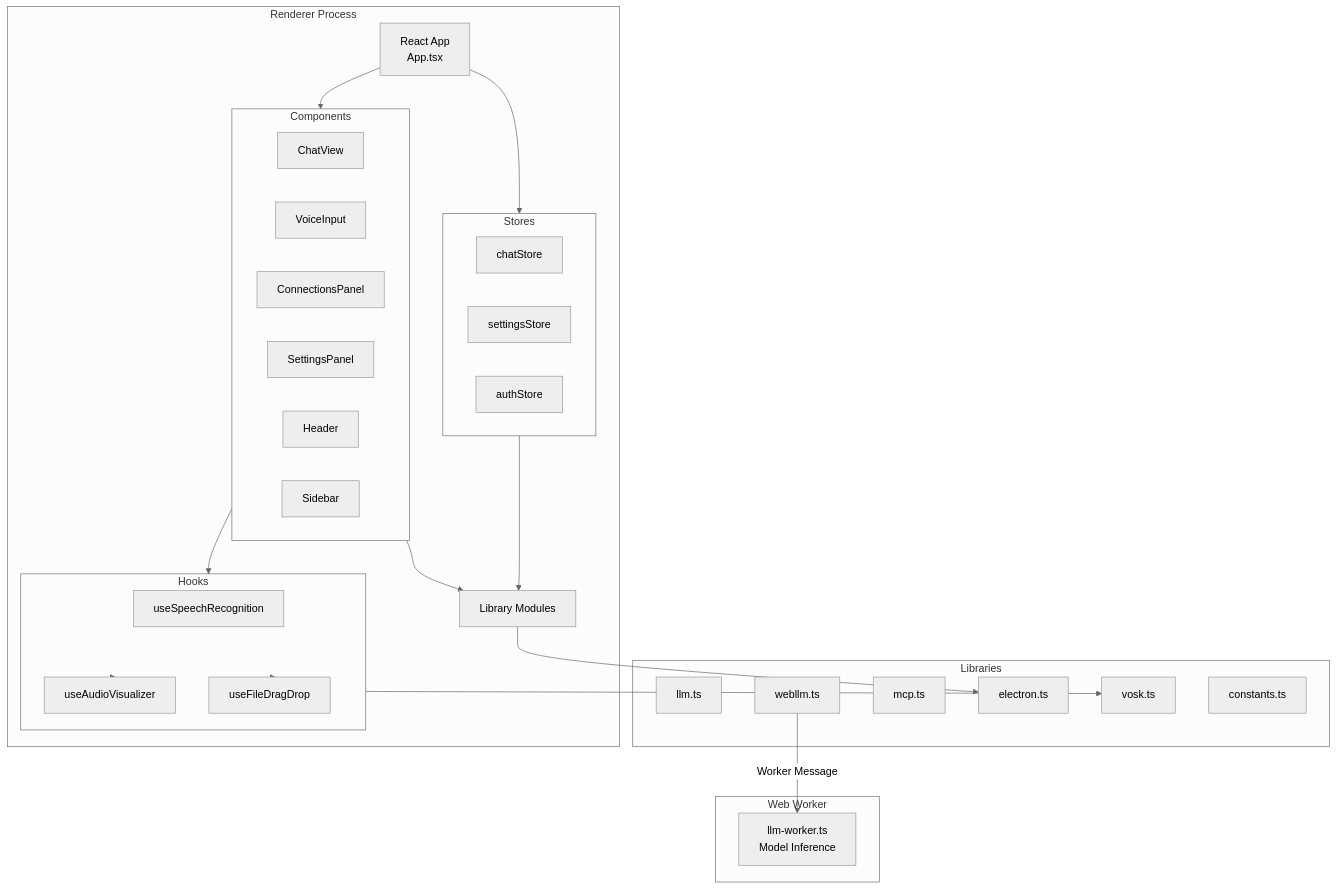
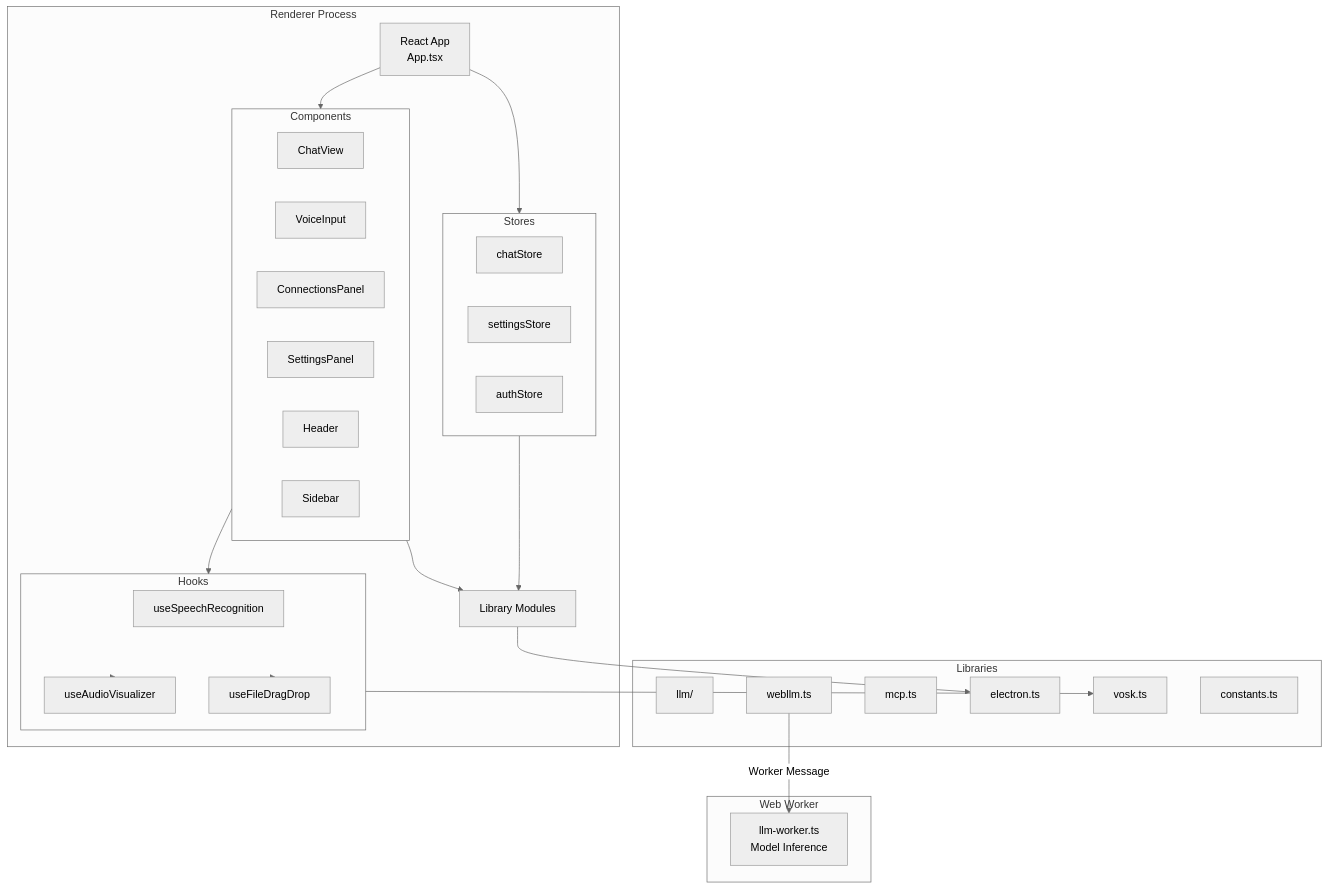
Before and after one commit to meharajM/ai-worker.app: the fourth of 31 diagrams in architecture.md, drawn with Mermaid (neutral theme). The commit also changed other lines of this file and 8 other files, not shown here.

Commit message:
feat: Implement a modular LLM provider system with support for OpenAI, Gemini, Ollama, and browser-based LLMs, along with updated architecture documentation.

````diff
--- a/architecture.md
+++ b/architecture.md
@@ -142,56 +142,56 @@
 ```mermaid
 graph TB
     subgraph "Renderer Process"
         ReactApp[React App<br/>App.tsx]
         Components[UI Components]
         Stores[Zustand Stores]
         Lib[Library Modules]
         Hooks[Custom Hooks]
     end
 
     subgraph "Components"
         ChatView[ChatView]
         VoiceInput[VoiceInput]
         ConnectionsPanel[ConnectionsPanel]
         SettingsPanel[SettingsPanel]
         Header[Header]
         Sidebar[Sidebar]
     end
 
     subgraph "Stores"
         ChatStore[chatStore]
         SettingsStore[settingsStore]
         AuthStore[authStore]
     end
 
     subgraph "Libraries"
-        LLMLib[llm.ts]
+        LLMLib[llm/]
         WebLLMLib[webllm.ts]
         MCPLib[mcp.ts]
         ElectronLib[electron.ts]
         VoskLib[vosk.ts]
         Constants[constants.ts]
     end
 
     subgraph "Hooks"
          UseSpeech[useSpeechRecognition]
          UseVisualizer[useAudioVisualizer]
          UseDragDrop[useFileDragDrop]
     end
 
     ReactApp --> Components
     ReactApp --> Stores
     Components --> Lib
     Components --> Hooks
     Hooks --> VoskLib
     Hooks --> UseVisualizer
     Hooks --> UseDragDrop
     Stores --> Lib
     Lib --> ElectronLib
     
     subgraph "Web Worker"
         LLMWorker[llm-worker.ts<br/>Model Inference]
     end
     
     WebLLMLib -->|Worker Message| LLMWorker
 ```
````
